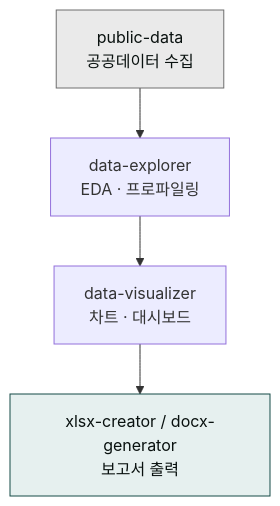
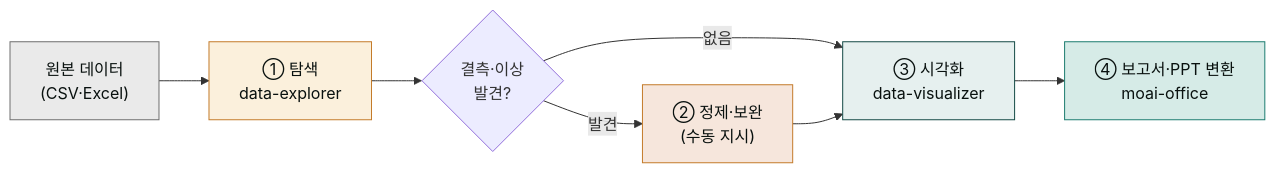
Before and after one commit to modu-ai/claude: the first of 4 diagrams in content/cookbook/tracks/track-data.md, drawn with Mermaid. The commit also changed other lines of this file and 43 other files, not shown here.

````diff
--- a/content/cookbook/tracks/track-data.md
+++ b/content/cookbook/tracks/track-data.md
@@ -12,9 +19,15 @@
 ```mermaid
-flowchart TD
-    A["public-data<br/>공공데이터 수집"] --> B["data-explorer<br/>EDA · 프로파일링"]
-    B --> C["data-visualizer<br/>차트 · 대시보드"]
-    C --> D["xlsx-creator / docx-generator<br/>보고서 출력"]
+flowchart LR
+    A["원본 데이터<br/>(CSV·Excel)"] --> B["① 탐색<br/>data-explorer"]
+    B --> C{"결측·이상<br/>발견?"}
+    C -- 발견 --> D["② 정제·보완<br/>(수동 지시)"]
+    C -- 없음 --> E
+    D --> E["③ 시각화<br/>data-visualizer"]
+    E --> F["④ 보고서·PPT 변환<br/>moai-office"]
 
     style A fill:#eaeaea,stroke:#6e6e6e,color:#09110f
-    style D fill:#e6f0ef,stroke:#144a46,color:#09110f
+    style B fill:#fbf0dc,stroke:#c47b2a,color:#09110f
+    style D fill:#f6e6dc,stroke:#c47b2a,color:#09110f
+    style E fill:#e6f0ef,stroke:#144a46,color:#09110f
+    style F fill:#d6ebe7,stroke:#1c7c70,color:#09110f
 ```
````
